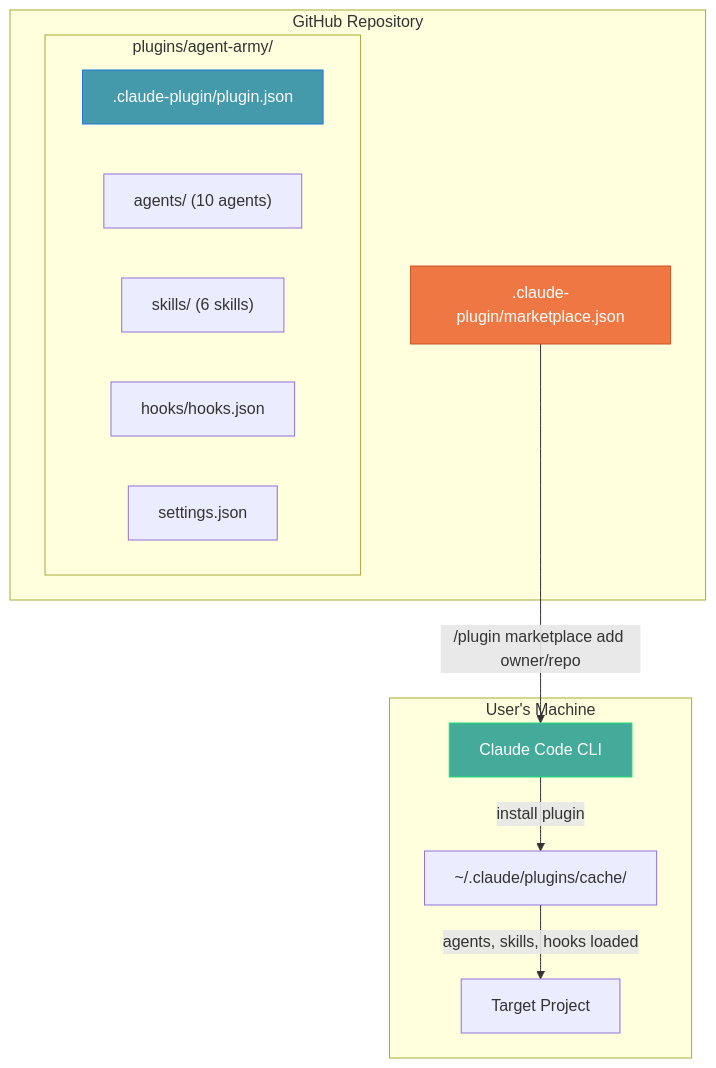
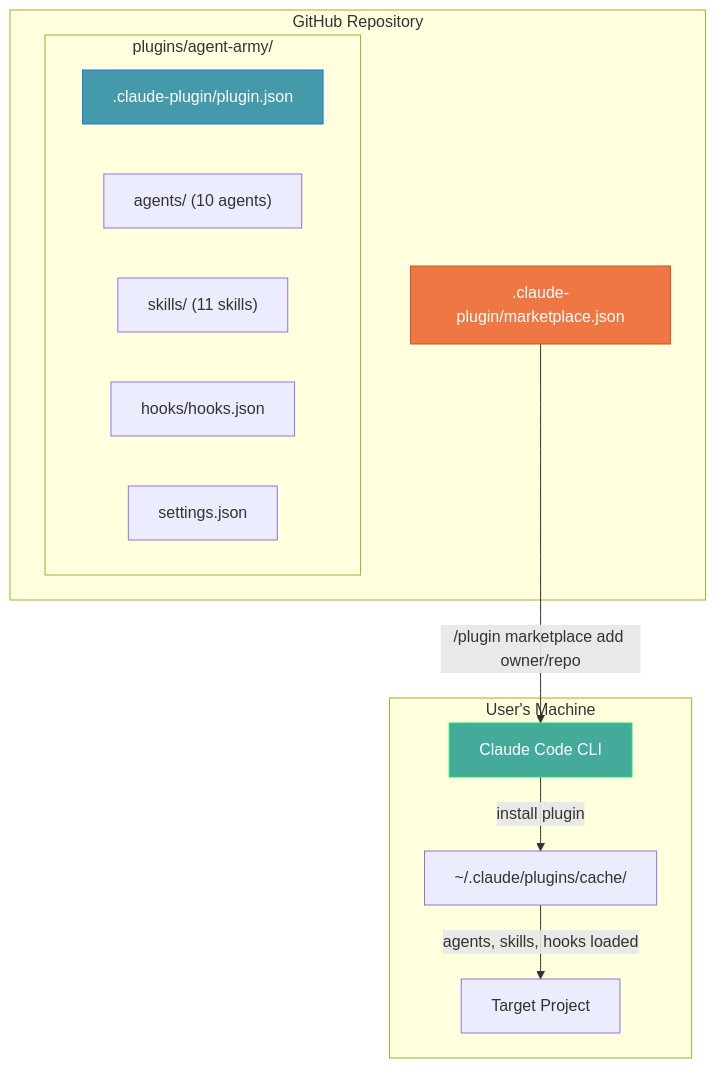
Diagram 16 of 18 in docs/AGENT-ARMY-DESIGN.md (Muheng1992/symbiotic-engineering), drawn with Mermaid before and after one commit. The commit also changed other lines of this file and 10 other files, not shown here.

````diff
--- a/docs/AGENT-ARMY-DESIGN.md
+++ b/docs/AGENT-ARMY-DESIGN.md
@@ -767,27 +916,27 @@
 ```mermaid
 graph TB
     subgraph "GitHub Repository"
         MK[".claude-plugin/marketplace.json"]
         subgraph "plugins/agent-army/"
             PJ[".claude-plugin/plugin.json"]
             AG["agents/ (10 agents)"]
-            SK["skills/ (6 skills)"]
+            SK["skills/ (11 skills)"]
             HK["hooks/hooks.json"]
             ST["settings.json"]
         end
     end
 
     subgraph "User's Machine"
         CC[Claude Code CLI]
         CACHE["~/.claude/plugins/cache/"]
         PROJ["Target Project"]
     end
 
     MK -->|"/plugin marketplace add owner/repo"| CC
     CC -->|"install plugin"| CACHE
     CACHE -->|"agents, skills, hooks loaded"| PROJ
 
     style MK fill:#e74,stroke:#c52,color:#fff
     style PJ fill:#49a,stroke:#27d,color:#fff
     style CC fill:#4a9,stroke:#2d7,color:#fff
 ```
````
